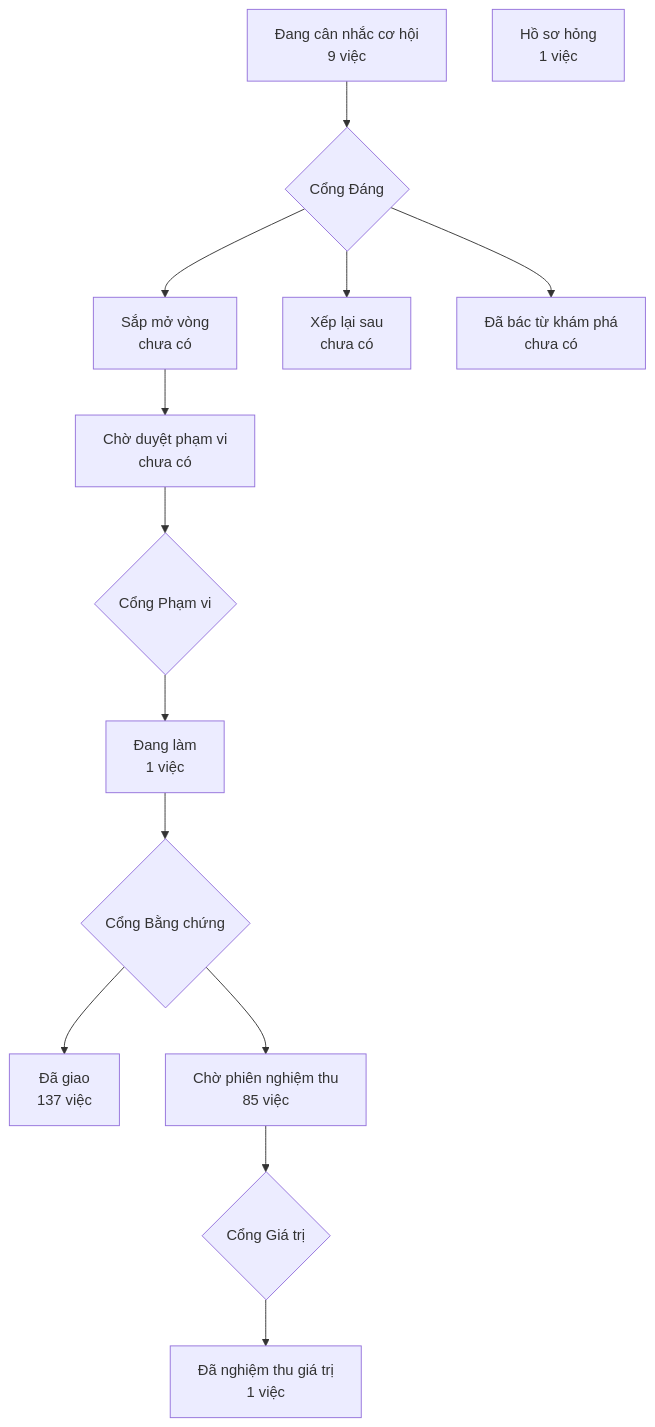
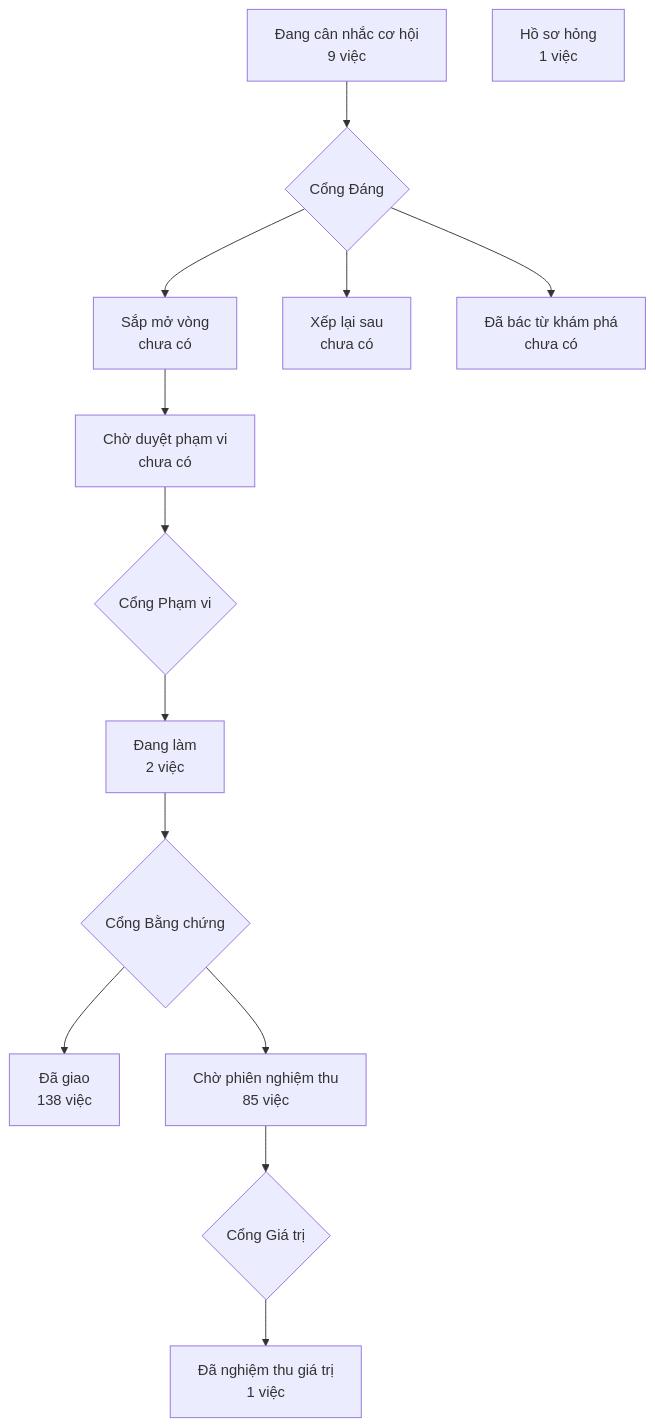
One commit to phanlemanh/crm-onehub changed the diagram in PRODUCT-MAP.md. Above: the diagram before and after it, drawn with Mermaid. The commit also changed other lines of this file and 8 other files, not shown here.

````diff
--- a/PRODUCT-MAP.md
+++ b/PRODUCT-MAP.md
@@ -7,13 +7,13 @@
 ```mermaid
 flowchart TD
   A["Đang cân nhắc cơ hội<br/>9 việc"] --> GD{"Cổng Đáng"}
   GD --> B["Sắp mở vòng<br/>chưa có"]
   GD --> XL["Xếp lại sau<br/>chưa có"]
   GD --> DB["Đã bác từ khám phá<br/>chưa có"]
   B --> CD["Chờ duyệt phạm vi<br/>chưa có"] --> GP{"Cổng Phạm vi"}
-  GP --> DL["Đang làm<br/>1 việc"] --> GB{"Cổng Bằng chứng"}
-  GB --> DG["Đã giao<br/>137 việc"]
+  GP --> DL["Đang làm<br/>2 việc"] --> GB{"Cổng Bằng chứng"}
+  GB --> DG["Đã giao<br/>138 việc"]
   GB --> CN["Chờ phiên nghiệm thu<br/>85 việc"] --> GG{"Cổng Giá trị"}
   GG --> NT["Đã nghiệm thu giá trị<br/>1 việc"]
   HS["Hồ sơ hỏng<br/>1 việc"]
 ```
````
